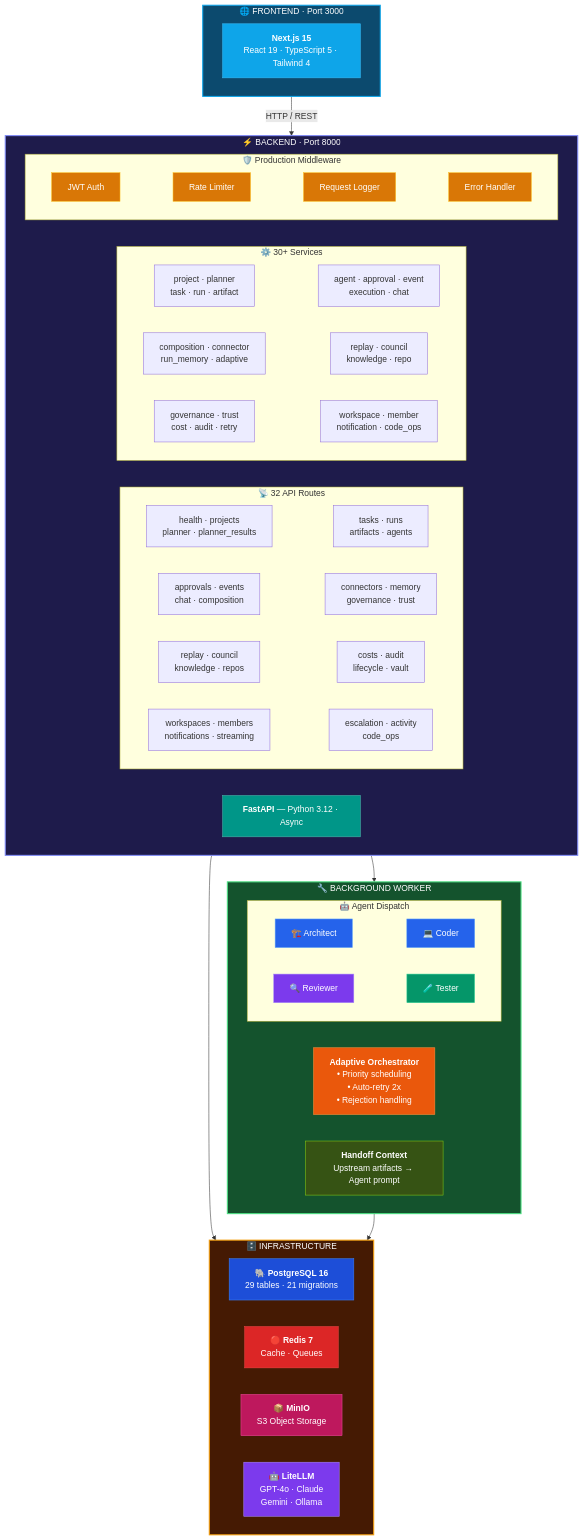
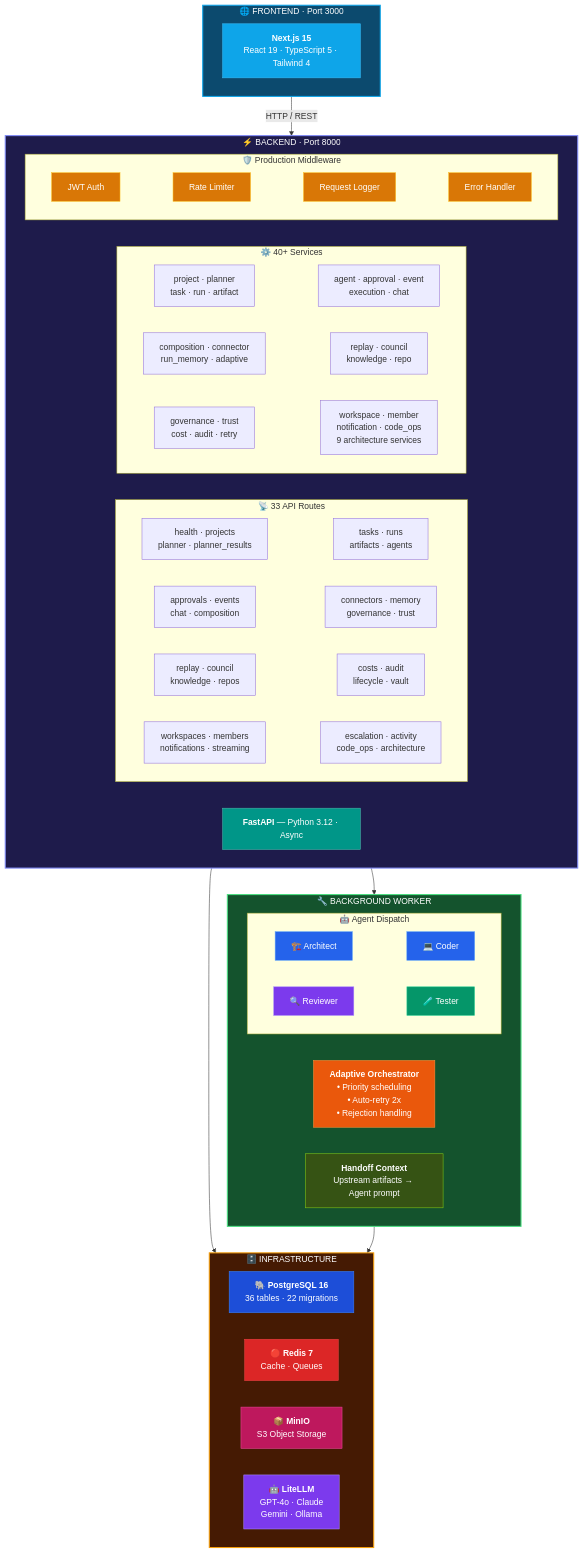
One commit to priyankmistry21699-web/Forgemind changed the second of 10 diagrams in README.md. Above: the diagram before and after it, drawn with Mermaid. The commit also changed other lines of this file, not shown here.

First line of the commit message:
docs: Update README with Architecture Intelligence (FM-081-090)

````diff
--- a/README.md
+++ b/README.md
@@ -183,71 +195,71 @@
 ```mermaid
 flowchart TB
     subgraph Frontend["🌐 FRONTEND · Port 3000"]
         NX["<b>Next.js 15</b>\nReact 19 · TypeScript 5 · Tailwind 4"]
     end
 
     subgraph Backend["⚡ BACKEND · Port 8000"]
         FA["<b>FastAPI</b> — Python 3.12 · Async"]
-        subgraph Routes["📡 32 API Routes"]
+        subgraph Routes["📡 33 API Routes"]
             direction LR
             R1["health · projects\nplanner · planner_results"] ~~~ R2["tasks · runs\nartifacts · agents"]
             R3["approvals · events\nchat · composition"] ~~~ R4["connectors · memory\ngovernance · trust"]
             R5["replay · council\nknowledge · repos"] ~~~ R6["costs · audit\nlifecycle · vault"]
-            R7["workspaces · members\nnotifications · streaming"] ~~~ R8["escalation · activity\ncode_ops"]
+            R7["workspaces · members\nnotifications · streaming"] ~~~ R8["escalation · activity\ncode_ops · architecture"]
         end
-        subgraph Svcs["⚙️ 30+ Services"]
+        subgraph Svcs["⚙️ 40+ Services"]
             direction LR
             S1["project · planner\ntask · run · artifact"] ~~~ S2["agent · approval · event\nexecution · chat"]
             S3["composition · connector\nrun_memory · adaptive"] ~~~ S4["replay · council\nknowledge · repo"]
-            S5["governance · trust\ncost · audit · retry"] ~~~ S6["workspace · member\nnotification · code_ops"]
+            S5["governance · trust\ncost · audit · retry"] ~~~ S6["workspace · member\nnotification · code_ops\n9 architecture services"]
         end
         subgraph Middleware["🛡️ Production Middleware"]
             direction LR
             MW1["JWT Auth"] ~~~ MW2["Rate Limiter"] ~~~ MW3["Request Logger"] ~~~ MW4["Error Handler"]
         end
     end
 
     subgraph Worker["🔧 BACKGROUND WORKER"]
         AO["<b>Adaptive Orchestrator</b>\n• Priority scheduling\n• Auto-retry 2x\n• Rejection handling"]
         subgraph AgentPool["🤖 Agent Dispatch"]
             direction LR
             AG1["🏗️ Architect"] ~~~ AG2["💻 Coder"]
             AG3["🔍 Reviewer"] ~~~ AG4["🧪 Tester"]
         end
         HC["<b>Handoff Context</b>\nUpstream artifacts → Agent prompt"]
     end
 
     subgraph Infra["🗄️ INFRASTRUCTURE"]
         direction LR
-        PG["🐘 <b>PostgreSQL 16</b>\n29 tables · 21 migrations"]
+        PG["🐘 <b>PostgreSQL 16</b>\n36 tables · 22 migrations"]
         RD["🔴 <b>Redis 7</b>\nCache · Queues"]
         MN["📦 <b>MinIO</b>\nS3 Object Storage"]
         LLM["🤖 <b>LiteLLM</b>\nGPT-4o · Claude\nGemini · Ollama"]
     end
 
     Frontend -->|"HTTP / REST"| Backend
     Backend --> Worker
     Backend --> Infra
     Worker --> Infra
 
     style Frontend fill:#0c4a6e,stroke:#0ea5e9,color:#fff,stroke-width:2px
     style Backend fill:#1e1b4b,stroke:#818cf8,color:#fff,stroke-width:2px
     style Worker fill:#14532d,stroke:#4ade80,color:#fff,stroke-width:2px
     style Infra fill:#451a03,stroke:#f59e0b,color:#fff,stroke-width:2px
     style NX fill:#0ea5e9,stroke:#38bdf8,color:#fff
     style FA fill:#009688,stroke:#4db6ac,color:#fff
     style AO fill:#ea580c,stroke:#fb923c,color:#fff
     style HC fill:#365314,stroke:#84cc16,color:#fff
     style PG fill:#1d4ed8,stroke:#3b82f6,color:#fff
     style RD fill:#dc2626,stroke:#ef4444,color:#fff
     style MN fill:#be185d,stroke:#ec4899,color:#fff
     style LLM fill:#7c3aed,stroke:#a78bfa,color:#fff
     style AG1 fill:#2563eb,stroke:#60a5fa,color:#fff
     style AG2 fill:#2563eb,stroke:#60a5fa,color:#fff
     style AG3 fill:#7c3aed,stroke:#a78bfa,color:#fff
     style AG4 fill:#059669,stroke:#34d399,color:#fff
     style MW1 fill:#d97706,stroke:#fbbf24,color:#fff
     style MW2 fill:#d97706,stroke:#fbbf24,color:#fff
     style MW3 fill:#d97706,stroke:#fbbf24,color:#fff
     style MW4 fill:#d97706,stroke:#fbbf24,color:#fff
 ```
````
